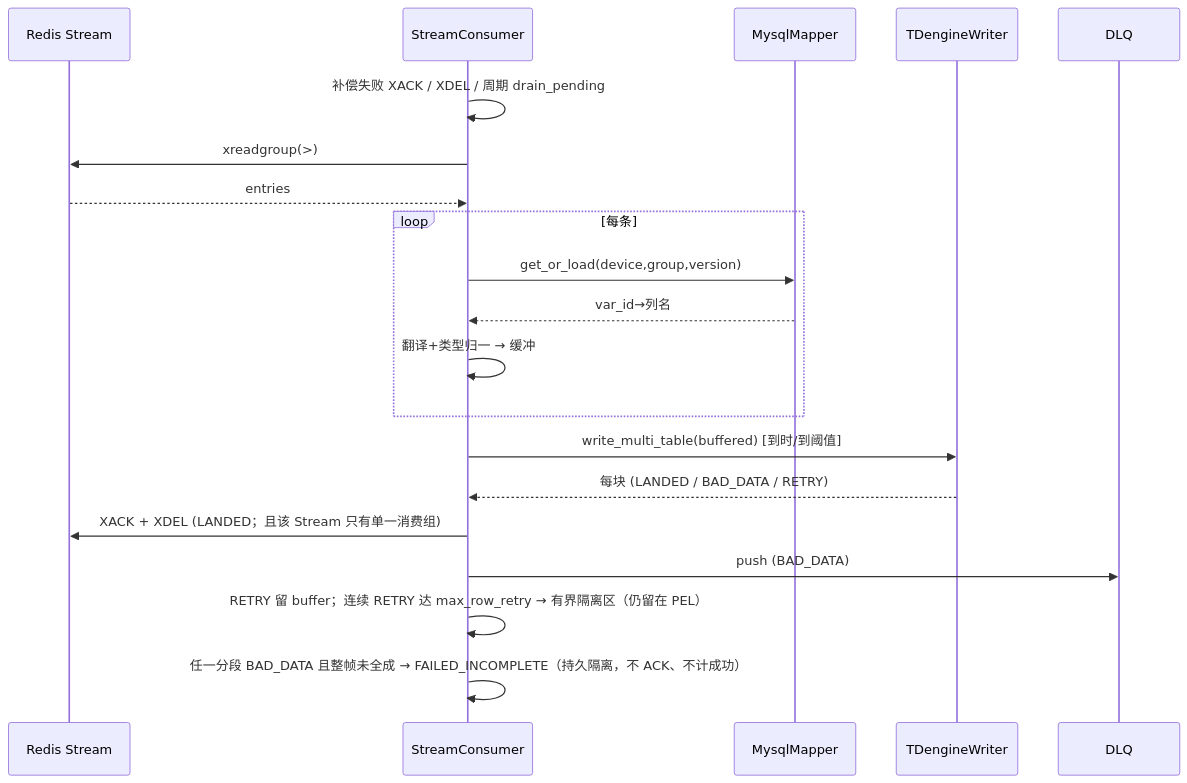
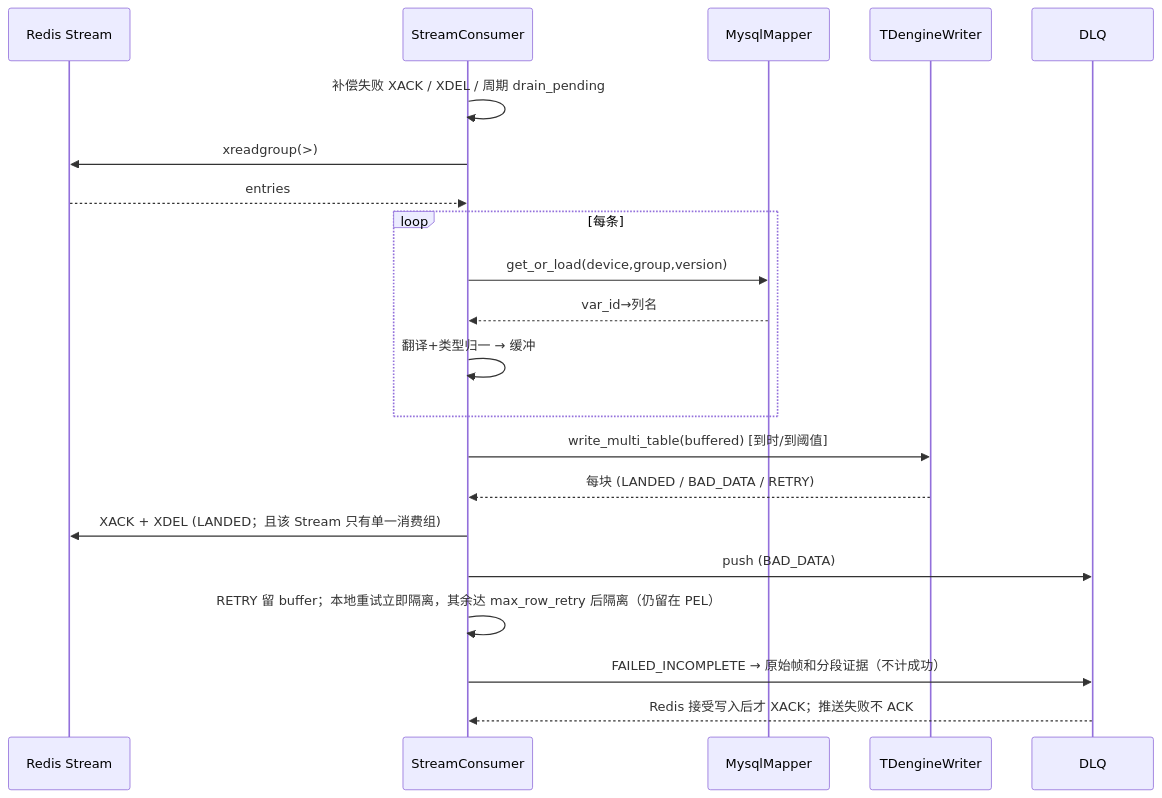
Before and after one commit to Hry1729/data_watch: the second of 2 diagrams in docs/02-模块设计/writer/README.md, drawn with Mermaid. The commit also changed other lines of this file and 31 other files, not shown here.

````diff
--- a/docs/02-模块设计/writer/README.md
+++ b/docs/02-模块设计/writer/README.md
@@ -211,22 +212,23 @@
 ```mermaid
 sequenceDiagram
     participant R as Redis Stream
     participant SC as StreamConsumer
     participant MAP as MysqlMapper
     participant TW as TDengineWriter
     participant DLQ as DLQ
     SC->>SC: 补偿失败 XACK / XDEL / 周期 drain_pending
     SC->>R: xreadgroup(>)
     R-->>SC: entries
     loop 每条
         SC->>MAP: get_or_load(device,group,version)
         MAP-->>SC: var_id→列名
         SC->>SC: 翻译+类型归一 → 缓冲
     end
     SC->>TW: write_multi_table(buffered)  [到时/到阈值]
     TW-->>SC: 每块 (LANDED / BAD_DATA / RETRY)
     SC->>R: XACK + XDEL (LANDED；且该 Stream 只有单一消费组)
     SC->>DLQ: push (BAD_DATA)
-    SC->>SC: RETRY 留 buffer；连续 RETRY 达 max_row_retry → 有界隔离区（仍留在 PEL）
-    SC->>SC: 任一分段 BAD_DATA 且整帧未全成 → FAILED_INCOMPLETE（持久隔离，不 ACK、不计成功）
+    SC->>SC: RETRY 留 buffer；本地重试立即隔离，其余达 max_row_retry 后隔离（仍留在 PEL）
+    SC->>DLQ: FAILED_INCOMPLETE → 原始帧和分段证据（不计成功）
+    DLQ-->>SC: Redis 接受写入后才 XACK；推送失败不 ACK
 ```
````
